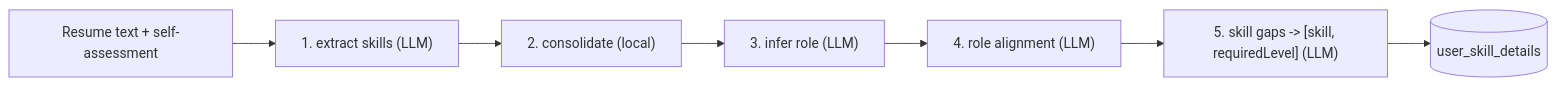
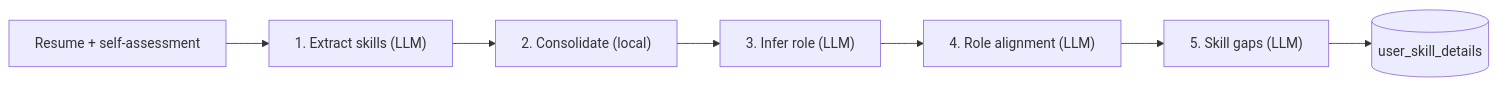
Before and after one commit to GreeshmakRaj/levelup-skill-profiler: the second of 3 diagrams in ARCHITECTURE.md, drawn with Mermaid. The commit also changed other lines of this file and 27 other files, not shown here.

First line of the commit message:
feat: Implement async LLM providers and skill-gap analysis pipeline

````diff
--- a/ARCHITECTURE.md
+++ b/ARCHITECTURE.md
@@ -26,9 +17,9 @@
 ```mermaid
 flowchart LR
-    R["Resume text + self-assessment"] --> E["1. extract skills (LLM)"]
-    E --> C["2. consolidate (local)"]
-    C --> I["3. infer role (LLM)"]
-    I --> A["4. role alignment (LLM)"]
-    A --> G["5. skill gaps -> [skill, requiredLevel] (LLM)"]
+    R["Resume + self-assessment"] --> E["1. Extract skills (LLM)"]
+    E --> C["2. Consolidate (local)"]
+    C --> I["3. Infer role (LLM)"]
+    I --> A["4. Role alignment (LLM)"]
+    A --> G["5. Skill gaps (LLM)"]
     G --> DB[("user_skill_details")]
 ```
````
